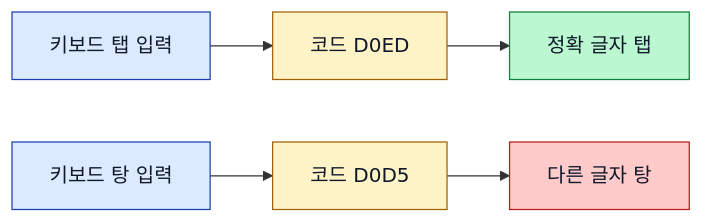
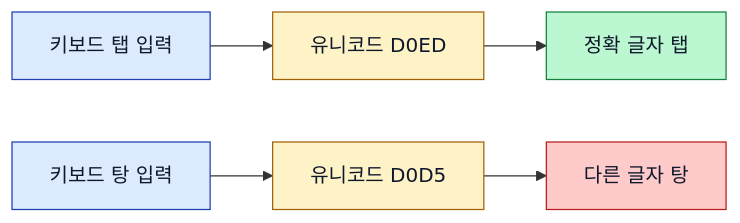
The fifth of 8 diagrams in content/diary/c/1.md (linisia/eric-company), drawn with Mermaid before and after one commit. The commit also changed other lines of this file and 1 other file, not shown here.

First line of the commit message:
fix(mermaid): unset global text fill override + diary(c)/1 본문 재구성

````diff
--- a/content/diary/c/1.md
+++ b/content/diary/c/1.md
@@ -109,13 +159,13 @@
 ```mermaid
 flowchart LR
-    A[키보드 탭 입력] --> B[코드 D0ED]
+    A[키보드 탭 입력] --> B[유니코드 D0ED]
     B --> C[정확 글자 탭]
-    A2[키보드 탕 입력] --> B2[코드 D0D5]
+    A2[키보드 탕 입력] --> B2[유니코드 D0D5]
     B2 --> C2[다른 글자 탕]
     style A fill:#dbeafe,stroke:#1e40af,color:#0f172a
     style A2 fill:#dbeafe,stroke:#1e40af,color:#0f172a
     style B fill:#fef3c7,stroke:#a16207,color:#0f172a
     style B2 fill:#fef3c7,stroke:#a16207,color:#0f172a
     style C fill:#bbf7d0,stroke:#15803d,color:#0f172a
     style C2 fill:#fecaca,stroke:#b91c1c,color:#0f172a
 ```
````
